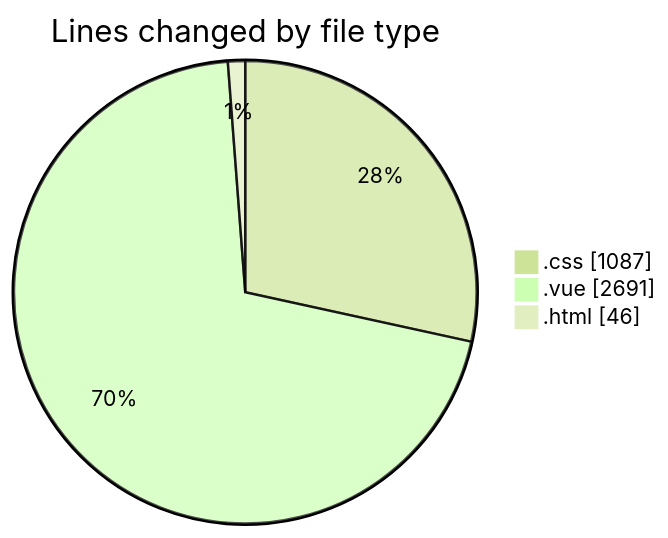
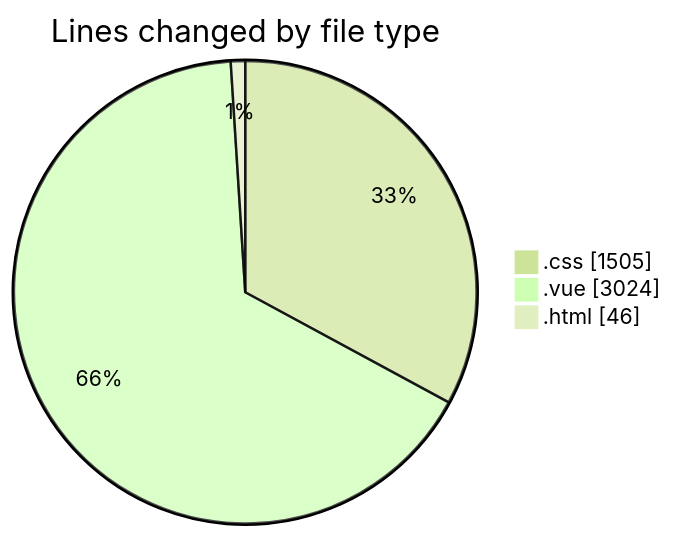
The first of 2 diagrams in 2025-08-18/rentotp/README.md (lephambinh05/code-tracking), drawn with Mermaid (forest theme) before and after one commit. The commit also changed other lines of this file and 1 other file, not shown here.

````diff
--- a/2025-08-18/rentotp/README.md
+++ b/2025-08-18/rentotp/README.md
@@ -29,7 +32,7 @@
 ```mermaid
 pie showData
 title Lines changed by file type
-".css" : 1087
-".vue" : 2691
+".css" : 1505
+".vue" : 3024
 ".html" : 46
 ```
````
